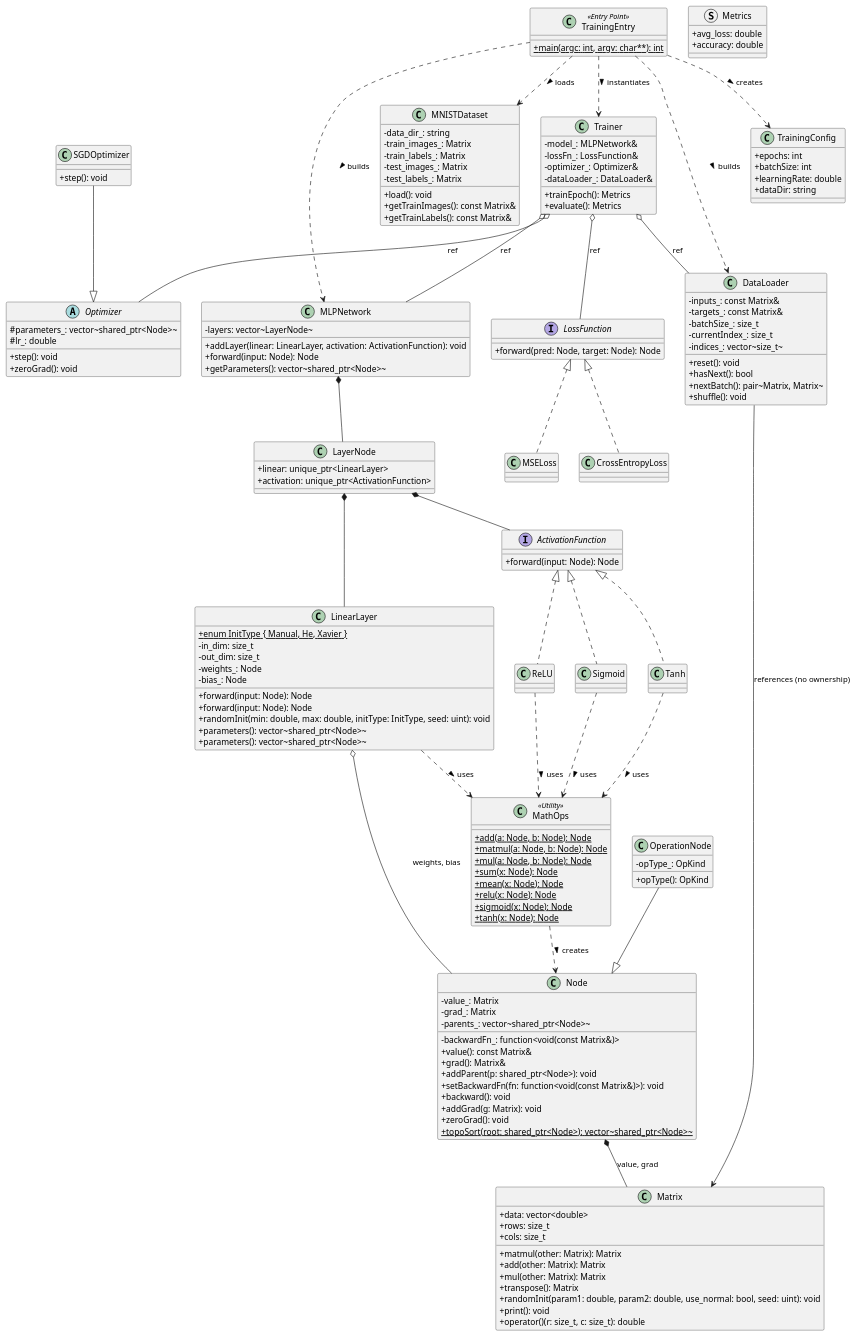
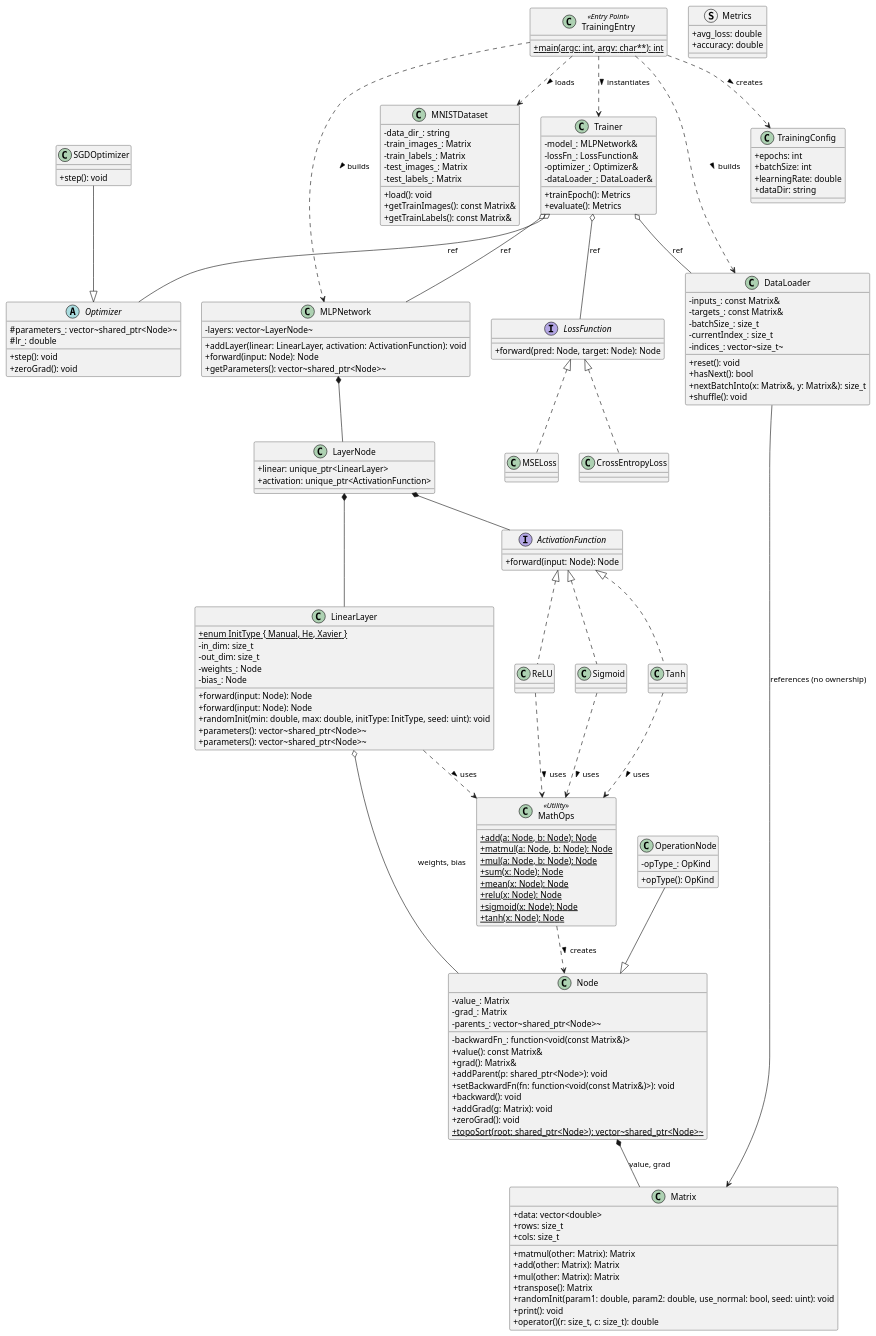
Before and after one commit to hibouwu/ppn-mnist-neural-network: the diagram in Docs/conception_detaillee.puml, drawn with PlantUML. The commit also changed 4 other files, not shown here.

Commit message:
feat: delete nextBatch

```diff
--- a/Docs/conception_detaillee.puml
+++ b/Docs/conception_detaillee.puml
@@ -1,171 +1,171 @@
 @startuml
 skinparam classAttributeIconSize 0
 top to bottom direction
 
 class Matrix {
   +data: vector<double>
   +rows: size_t
   +cols: size_t
   +matmul(other: Matrix): Matrix
   +add(other: Matrix): Matrix
   +mul(other: Matrix): Matrix
   +transpose(): Matrix
   +randomInit(param1: double, param2: double, use_normal: bool, seed: uint): void
   +print(): void
   +operator()(r: size_t, c: size_t): double
 }
 
 class Node {
   -value_: Matrix
   -grad_: Matrix
   -parents_: vector~shared_ptr<Node>~
   -backwardFn_: function<void(const Matrix&)>
   +value(): const Matrix&
   +grad(): Matrix&
   +addParent(p: shared_ptr<Node>): void
   +setBackwardFn(fn: function<void(const Matrix&)>): void
   +backward(): void
   +addGrad(g: Matrix): void
   +zeroGrad(): void
   {static} +topoSort(root: shared_ptr<Node>): vector~shared_ptr<Node>~
 }
 Node *-- Matrix : value, grad
 
 class OperationNode {
   -opType_: OpKind
   +opType(): OpKind
 }
 OperationNode --|> Node
 
 class MathOps <<Utility>> {
   {static} +add(a: Node, b: Node): Node
   {static} +matmul(a: Node, b: Node): Node
   {static} +mul(a: Node, b: Node): Node
   {static} +sum(x: Node): Node
   {static} +mean(x: Node): Node
   {static} +relu(x: Node): Node
   {static} +sigmoid(x: Node): Node
   {static} +tanh(x: Node): Node
 }
 MathOps ..> Node : creates >
 
 interface ActivationFunction {
   +forward(input: Node): Node
 }
 class ReLU
 class Sigmoid
 class Tanh
 ActivationFunction <|.. ReLU
 ActivationFunction <|.. Sigmoid
 ActivationFunction <|.. Tanh
 ReLU ..> MathOps : uses >
 Sigmoid ..> MathOps : uses >
 Tanh ..> MathOps : uses >
 
 class LinearLayer {
   + {static} enum InitType { Manual, He, Xavier }
   -in_dim: size_t
   -out_dim: size_t
   -weights_: Node
   -bias_: Node
   +forward(input: Node): Node
   +forward(input: Node): Node
   +randomInit(min: double, max: double, initType: InitType, seed: uint): void
   +parameters(): vector~shared_ptr<Node>~
   +parameters(): vector~shared_ptr<Node>~
 }
 LinearLayer o-- Node : weights, bias
 LinearLayer ..> MathOps : uses >
 
 class LayerNode {
   +linear: unique_ptr<LinearLayer>
   +activation: unique_ptr<ActivationFunction>
 }
 
 class MLPNetwork {
   -layers: vector~LayerNode~
   +addLayer(linear: LinearLayer, activation: ActivationFunction): void
   +forward(input: Node): Node
   +getParameters(): vector~shared_ptr<Node>~
 }
 MLPNetwork *-- LayerNode
 LayerNode *-- LinearLayer
 LayerNode *-- ActivationFunction
 
 interface LossFunction {
   +forward(pred: Node, target: Node): Node
 }
 class MSELoss
 class CrossEntropyLoss
 LossFunction <|.. MSELoss
 LossFunction <|.. CrossEntropyLoss
 
 abstract Optimizer {
   #parameters_: vector~shared_ptr<Node>~
   #lr_: double
   +step(): void
   +zeroGrad(): void
 }
 class SGDOptimizer {
   +step(): void
 }
 SGDOptimizer --|> Optimizer
 
 class MNISTDataset {
   -data_dir_: string
   -train_images_: Matrix
   -train_labels_: Matrix
   -test_images_: Matrix
   -test_labels_: Matrix
   +load(): void
   +getTrainImages(): const Matrix&
   +getTrainLabels(): const Matrix&
 }
 
 class DataLoader {
   -inputs_: const Matrix&
   -targets_: const Matrix&
   -batchSize_: size_t
   -currentIndex_: size_t
   -indices_: vector~size_t~
   +reset(): void
   +hasNext(): bool
-  +nextBatch(): pair~Matrix, Matrix~
+  +nextBatchInto(x: Matrix&, y: Matrix&): size_t
   +shuffle(): void
 }
 DataLoader --> Matrix : references (no ownership)
 
 struct Metrics {
   +avg_loss: double
   +accuracy: double
 }
 
 class Trainer {
   -model_: MLPNetwork&
   -lossFn_: LossFunction&
   -optimizer_: Optimizer&
   -dataLoader_: DataLoader&
   +trainEpoch(): Metrics
   +evaluate(): Metrics
 }
 Trainer o-- MLPNetwork : ref
 Trainer o-- LossFunction : ref
 Trainer o-- Optimizer : ref
 Trainer o-- DataLoader : ref
 
 class TrainingConfig {
   +epochs: int
   +batchSize: int
   +learningRate: double
   +dataDir: string
 }
 
 class TrainingEntry <<Entry Point>> {
   + {static} main(argc: int, argv: char**): int
 }
 TrainingEntry ..> Trainer : instantiates >
 TrainingEntry ..> TrainingConfig : creates >
 TrainingEntry ..> MNISTDataset : loads >
 TrainingEntry ..> MLPNetwork : builds >
 TrainingEntry ..> DataLoader : builds >
 @enduml
```
